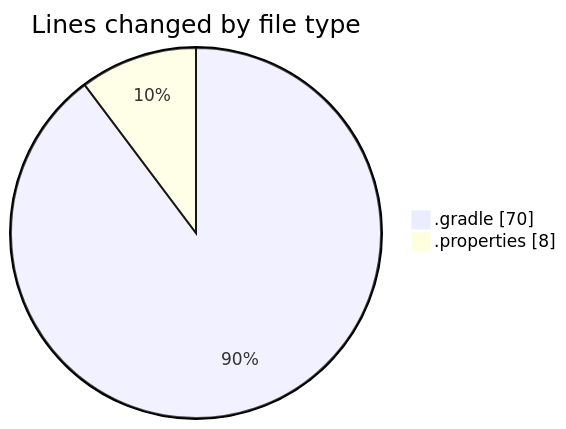
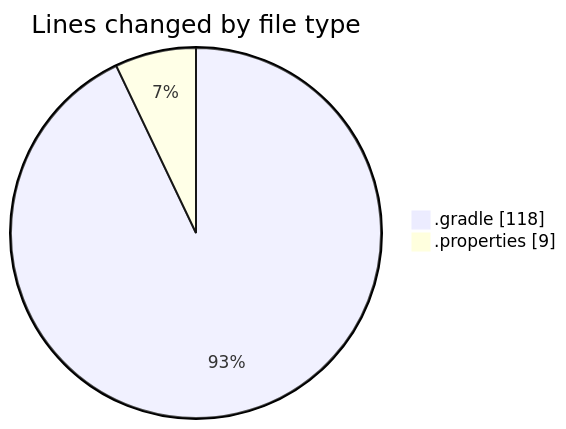
The first of 2 diagrams in 2025-02-16/trackers_app/README.md (donsfak/code-tracking), drawn with Mermaid before and after one commit. The commit also changed other lines of this file and 1 other file, not shown here.

````diff
--- a/2025-02-16/trackers_app/README.md
+++ b/2025-02-16/trackers_app/README.md
@@ -21,6 +22,6 @@
 ```mermaid
 pie showData
 title Lines changed by file type
-".gradle" : 70
-".properties" : 8
+".gradle" : 118
+".properties" : 9
 ```
````
